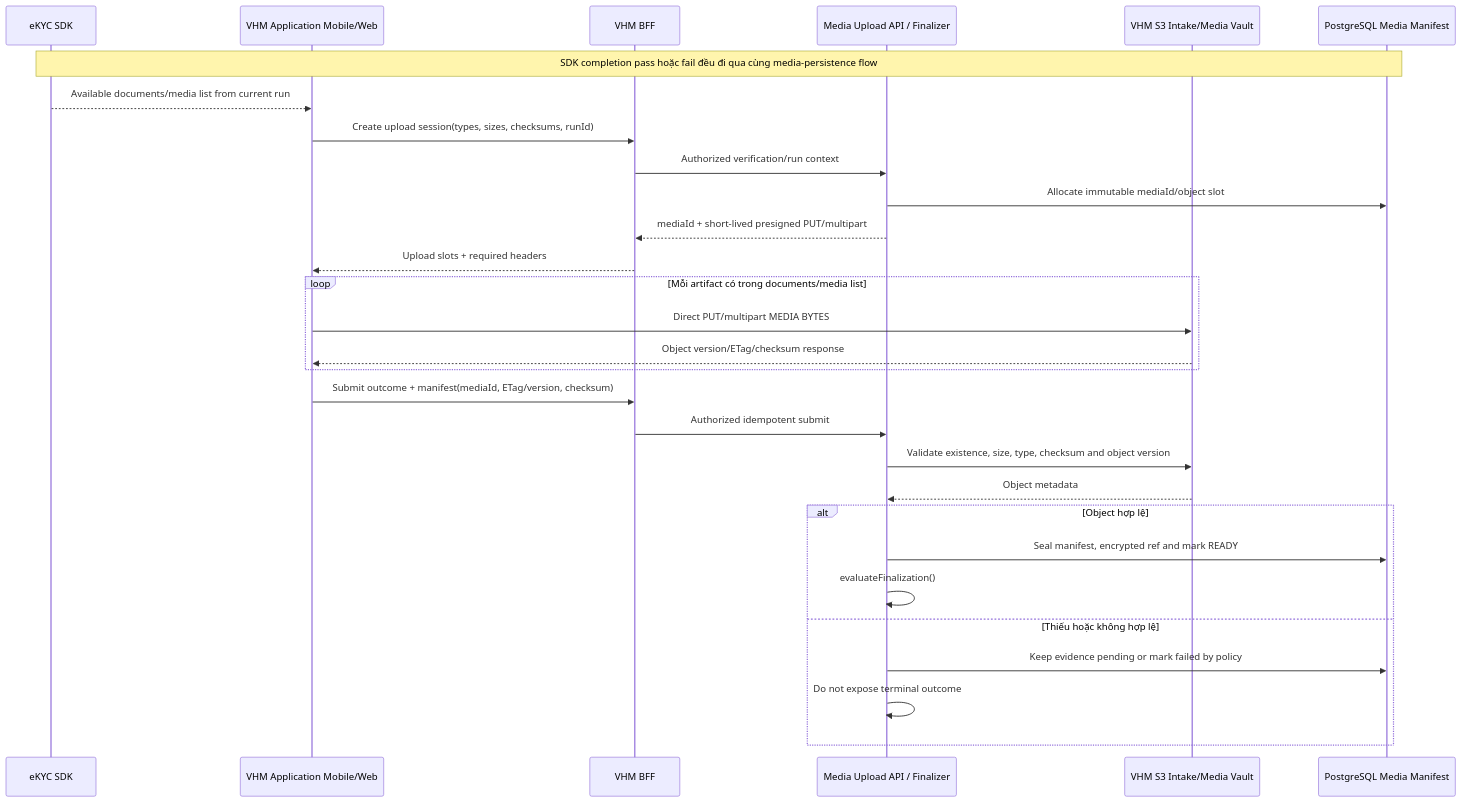
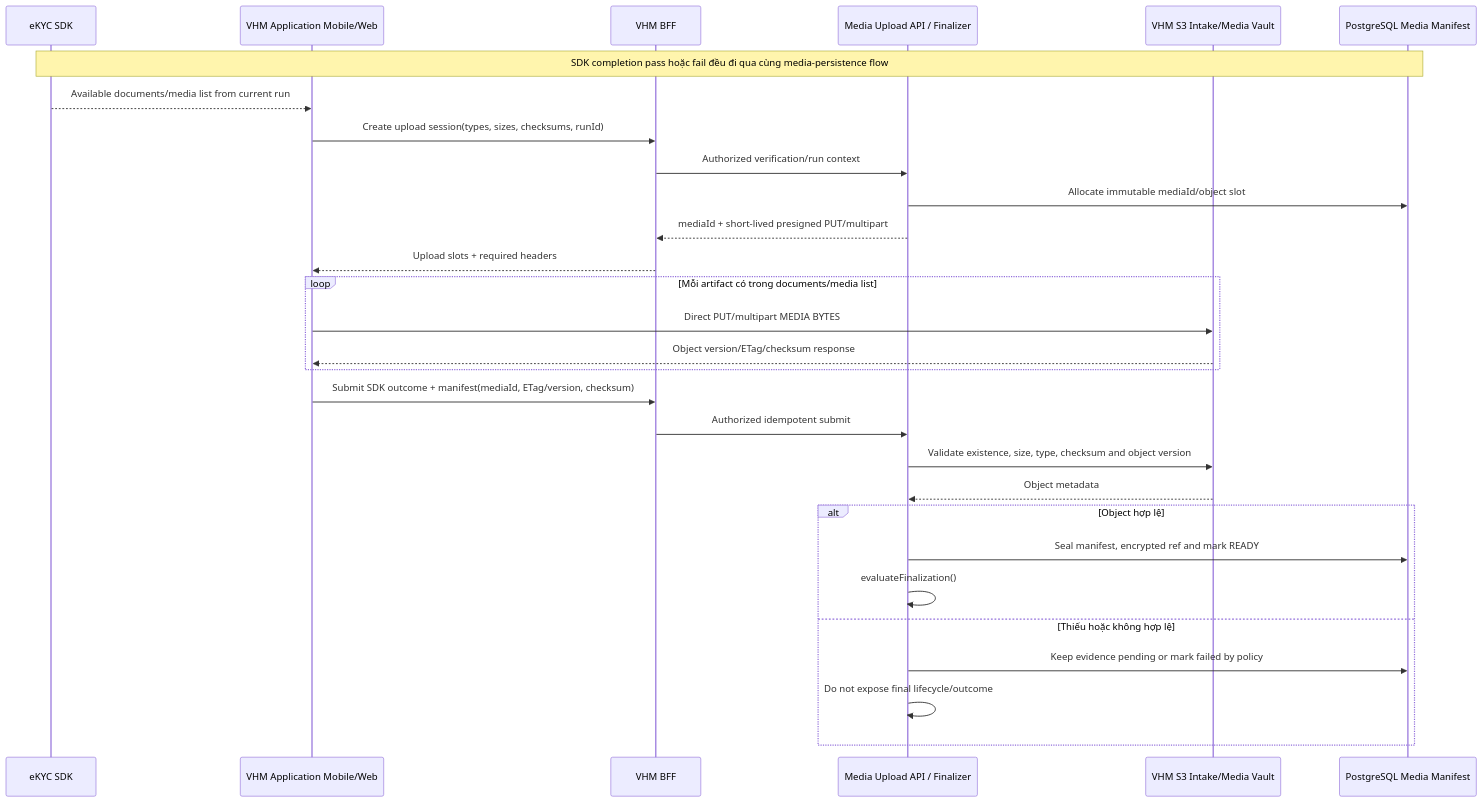
The fourth of 19 diagrams in tdd2.md (huynv-xyz/vhm), drawn with Mermaid before and after one commit. The commit also changed other lines of this file, not shown here.

````diff
--- a/tdd2.md
+++ b/tdd2.md
@@ -504,32 +504,32 @@
 ```mermaid
 sequenceDiagram
     participant SDK as eKYC SDK
     participant APP as VHM Application Mobile/Web
     participant BFF as VHM BFF
     participant MEDIA as Media Upload API / Finalizer
     participant S3 as VHM S3 Intake/Media Vault
     participant DB as PostgreSQL Media Manifest
 
     Note over SDK,DB: SDK completion pass hoặc fail đều đi qua cùng media-persistence flow
     SDK-->>APP: Available documents/media list from current run
     APP->>BFF: Create upload session(types, sizes, checksums, runId)
     BFF->>MEDIA: Authorized verification/run context
     MEDIA->>DB: Allocate immutable mediaId/object slot
     MEDIA-->>BFF: mediaId + short-lived presigned PUT/multipart
     BFF-->>APP: Upload slots + required headers
     loop Mỗi artifact có trong documents/media list
         APP->>S3: Direct PUT/multipart MEDIA BYTES
         S3-->>APP: Object version/ETag/checksum response
     end
-    APP->>BFF: Submit outcome + manifest(mediaId, ETag/version, checksum)
+    APP->>BFF: Submit SDK outcome + manifest(mediaId, ETag/version, checksum)
     BFF->>MEDIA: Authorized idempotent submit
     MEDIA->>S3: Validate existence, size, type, checksum and object version
     S3-->>MEDIA: Object metadata
     alt Object hợp lệ
         MEDIA->>DB: Seal manifest, encrypted ref and mark READY
         MEDIA->>MEDIA: evaluateFinalization()
     else Thiếu hoặc không hợp lệ
         MEDIA->>DB: Keep evidence pending or mark failed by policy
-        MEDIA->>MEDIA: Do not expose terminal outcome
+        MEDIA->>MEDIA: Do not expose final lifecycle/outcome
     end
 ```
````
